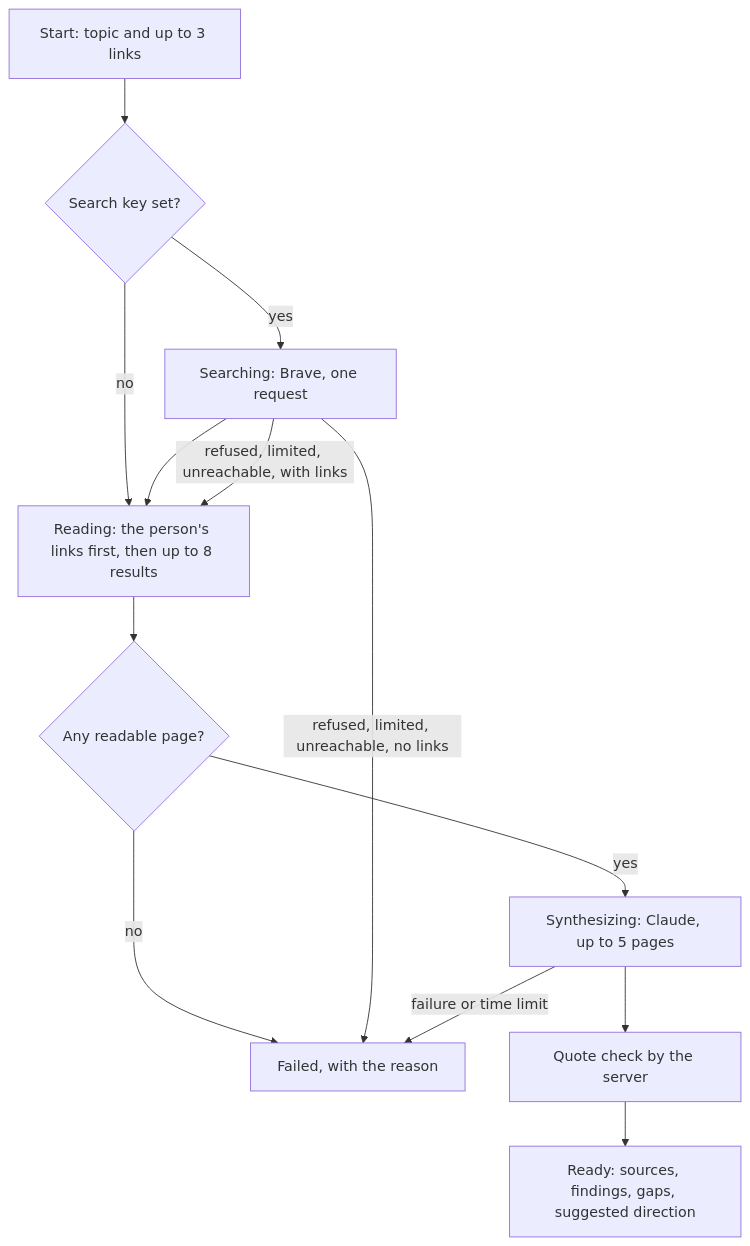
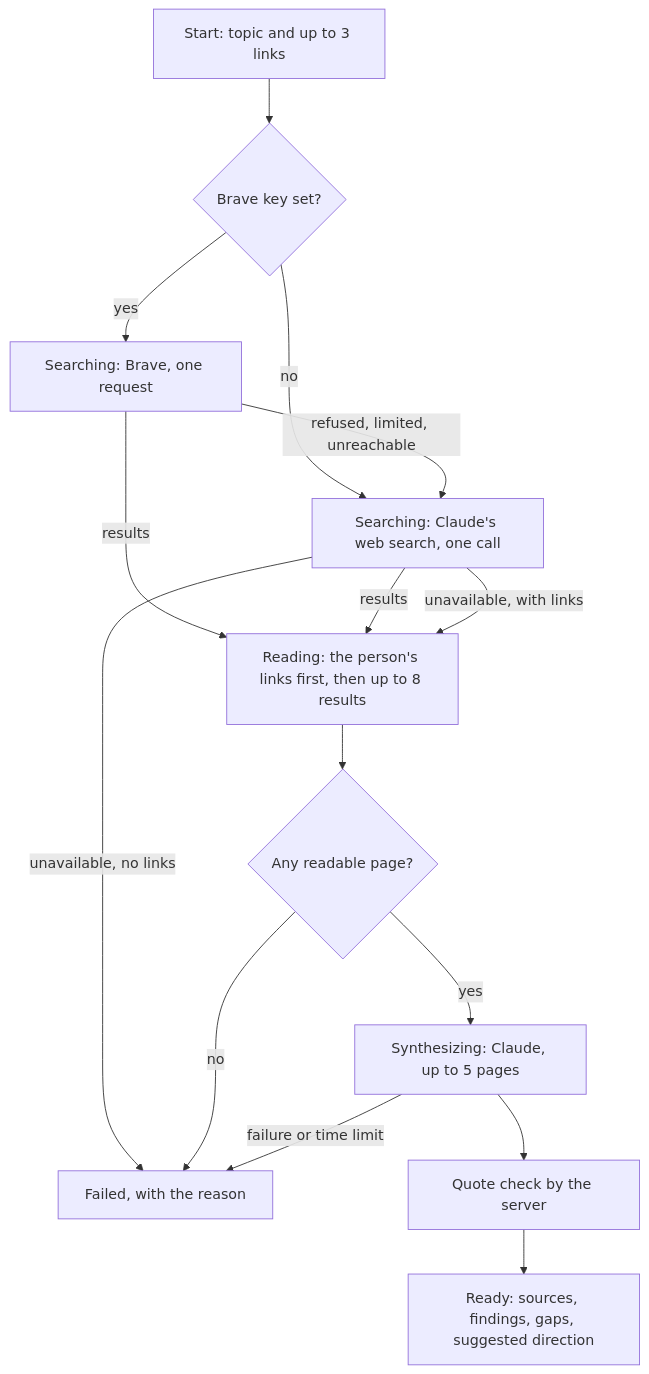
One commit to mk-global/creatorbrio changed the diagram in docs/architecture/research.md. Above: the diagram before and after it, drawn with Mermaid. The commit also changed other lines of this file and 21 other files, not shown here.

First line of the commit message:
research: Claude's web search by default, Brave Search optional (#256)

````diff
--- a/docs/architecture/research.md
+++ b/docs/architecture/research.md
@@ -23,15 +26,17 @@
 ```mermaid
 flowchart TD
-    S[Start: topic and up to 3 links] --> K{Search key set?}
-    K -- yes --> Q[Searching: Brave, one request]
-    K -- no --> R
-    Q --> R[Reading: the person's links first, then up to 8 results]
+    S[Start: topic and up to 3 links] --> K{Brave key set?}
+    K -- yes --> B[Searching: Brave, one request]
+    K -- no --> W[Searching: Claude's web search, one call]
+    B -- refused, limited, unreachable --> W
+    B -- results --> R
+    W -- results --> R[Reading: the person's links first, then up to 8 results]
+    W -- unavailable, with links --> R
+    W -- unavailable, no links --> F
     R --> P{Any readable page?}
     P -- no --> F[Failed, with the reason]
     P -- yes --> Y[Synthesizing: Claude, up to 5 pages]
     Y --> C[Quote check by the server]
     C --> D[Ready: sources, findings, gaps, suggested direction]
-    Q -- refused, limited, unreachable, no links --> F
-    Q -- refused, limited, unreachable, with links --> R
     Y -- failure or time limit --> F
 ```
````
